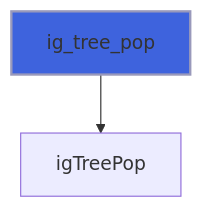
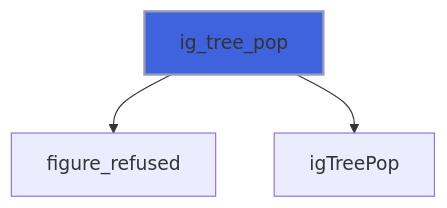
The fifth of 26 diagrams in docs/api/src/lib/figure_group.md (szaghi/figure), drawn with Mermaid before and after one commit. The commit also changed other lines of this file and 10 other files, not shown here.

````diff
--- a/docs/api/src/lib/figure_group.md
+++ b/docs/api/src/lib/figure_group.md
@@ -174,5 +181,6 @@
 ```mermaid
 flowchart TD
+  ig_tree_pop["ig_tree_pop"] --> figure_refused["figure_refused"]
   ig_tree_pop["ig_tree_pop"] --> igTreePop["igTreePop"]
   style ig_tree_pop fill:#3e63dd,stroke:#99b,stroke-width:2px
 ```
````
